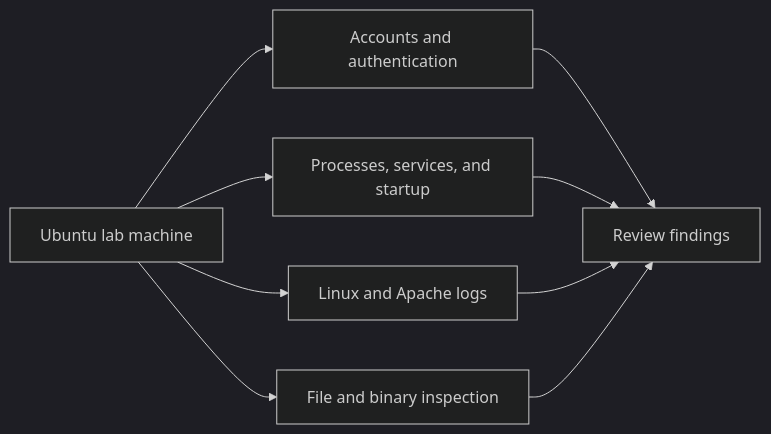
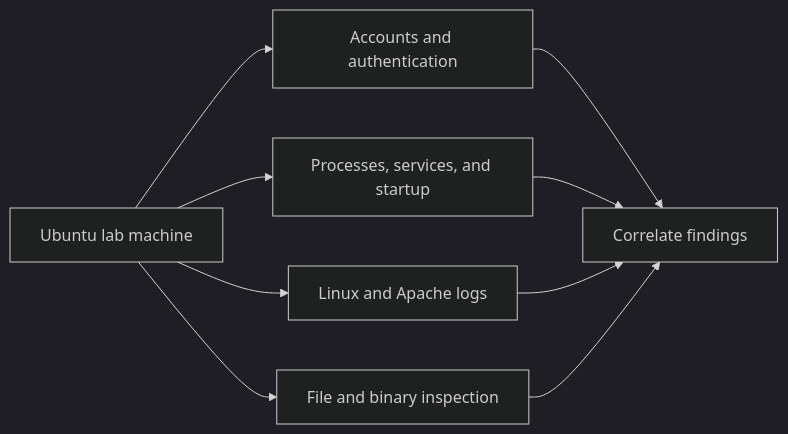
The diagram in SOC-1 Linux Essentials/README.md (Nitheeswaran28/INE-Lab-Walkthrough), drawn with Mermaid (dark theme) before and after one commit. The commit also changed other lines of this file and 2 other files, not shown here.

````diff
--- a/SOC-1 Linux Essentials/README.md
+++ b/SOC-1 Linux Essentials/README.md
@@ -19,11 +19,11 @@
 ```mermaid
 flowchart LR
     A[Ubuntu lab machine] --> B[Accounts and authentication]
     A --> C[Processes, services, and startup]
     A --> D[Linux and Apache logs]
     A --> E[File and binary inspection]
-    B --> F[Review findings]
+    B --> F[Correlate findings]
     C --> F
     D --> F
     E --> F
 ```
````
